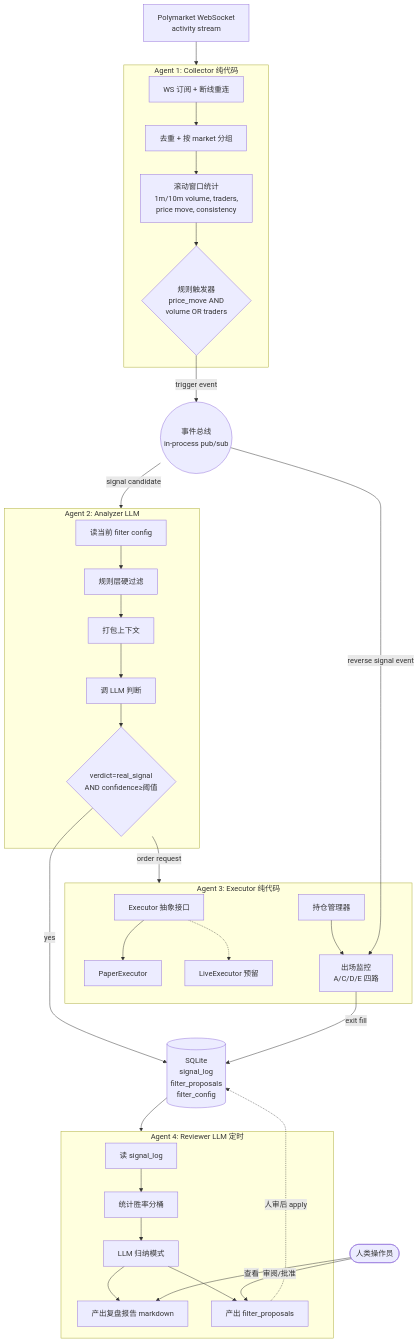
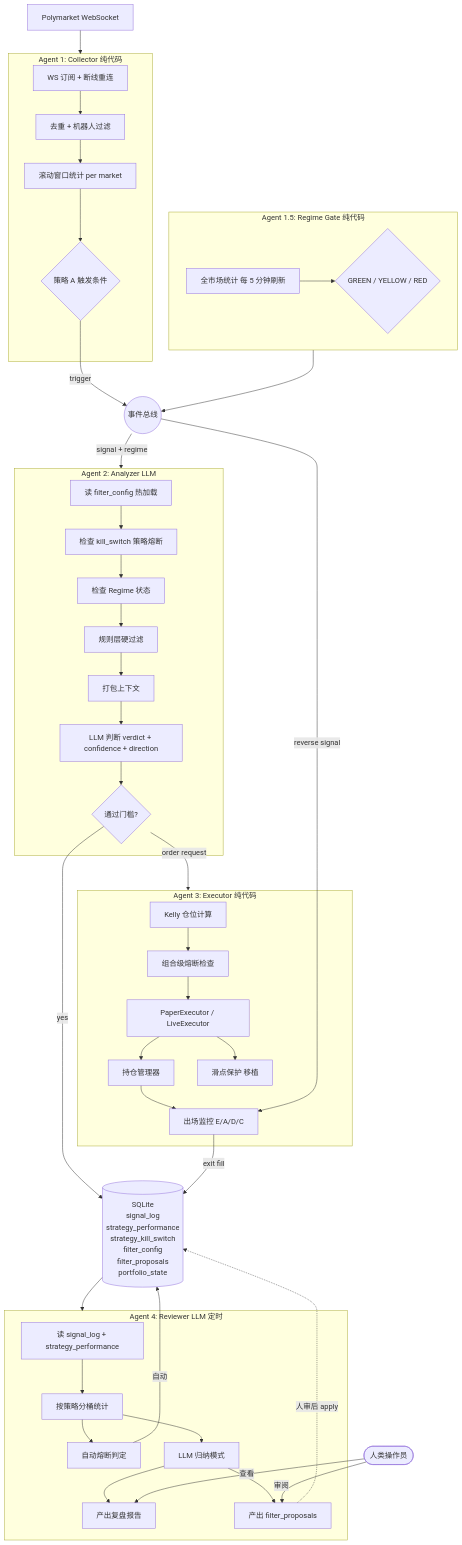
One commit to gaoyangz77/easyclaw changed the diagram in docs/superpowers/specs/2026-04-06-polymarket-trading-agents-design.md. Above: the diagram before and after it, drawn with Mermaid. The commit also changed other lines of this file, not shown here.

````diff
--- a/docs/superpowers/specs/2026-04-06-polymarket-trading-agents-design.md
+++ b/docs/superpowers/specs/2026-04-06-polymarket-trading-agents-design.md
@@ -94,60 +239,72 @@
 ```mermaid
 flowchart TB
-    WS[Polymarket WebSocket<br/>activity stream]
+    WS[Polymarket WebSocket]
 
     subgraph Collector[Agent 1: Collector 纯代码]
         C1[WS 订阅 + 断线重连]
-        C2[去重 + 按 market 分组]
-        C3[滚动窗口统计<br/>1m/10m volume, traders,<br/>price move, consistency]
-        C4{规则触发器<br/>price_move AND<br/>volume OR traders}
+        C2[去重 + 机器人过滤]
+        C3[滚动窗口统计 per market]
+        C4{策略 A 触发条件}
         C1 --> C2 --> C3 --> C4
     end
 
-    EventBus((事件总线<br/>in-process pub/sub))
+    subgraph RegimeGate[Agent 1.5: Regime Gate 纯代码]
+        RG1[全市场统计 每 5 分钟刷新]
+        RG2{GREEN / YELLOW / RED}
+        RG1 --> RG2
+    end
+
+    EventBus((事件总线))
 
     subgraph Analyzer[Agent 2: Analyzer LLM]
-        A1[读当前 filter config]
-        A2[规则层硬过滤]
-        A3[打包上下文]
-        A4[调 LLM 判断]
-        A5{verdict=real_signal<br/>AND confidence≥阈值}
-        A1 --> A2 --> A3 --> A4 --> A5
+        A1[读 filter_config 热加载]
+        A2[检查 kill_switch 策略熔断]
+        A3[检查 Regime 状态]
+        A4[规则层硬过滤]
+        A5[打包上下文]
+        A6[LLM 判断 verdict + confidence + direction]
+        A7{通过门槛?}
+        A1 --> A2 --> A3 --> A4 --> A5 --> A6 --> A7
     end
 
     subgraph Executor[Agent 3: Executor 纯代码]
-        E1[Executor 抽象接口]
-        E2[PaperExecutor]
-        E3[LiveExecutor 预留]
+        E1[Kelly 仓位计算]
+        E2[组合级熔断检查]
+        E3[PaperExecutor / LiveExecutor]
         E4[持仓管理器]
-        E5[出场监控<br/>A/C/D/E 四路]
-        E1 --> E2
-        E1 -.-> E3
-        E4 --> E5
+        E5[出场监控 E/A/D/C]
+        E6[滑点保护 移植]
+        E1 --> E2 --> E3 --> E4 --> E5
+        E3 --> E6
     end
 
-    DB[(SQLite<br/>signal_log<br/>filter_proposals<br/>filter_config)]
+    DB[(SQLite<br/>signal_log<br/>strategy_performance<br/>strategy_kill_switch<br/>filter_config<br/>filter_proposals<br/>portfolio_state)]
 
     subgraph Reviewer[Agent 4: Reviewer LLM 定时]
-        R1[读 signal_log]
-        R2[统计胜率分桶]
-        R3[LLM 归纳模式]
-        R4[产出复盘报告 markdown]
-        R5[产出 filter_proposals]
-        R1 --> R2 --> R3 --> R4
-        R3 --> R5
+        R1[读 signal_log + strategy_performance]
+        R2[按策略分桶统计]
+        R3[自动熔断判定]
+        R4[LLM 归纳模式]
+        R5[产出复盘报告]
+        R6[产出 filter_proposals]
+        R1 --> R2 --> R3
+        R2 --> R4 --> R5
+        R4 --> R6
     end
 
     WS --> Collector
-    C4 -- trigger event --> EventBus
-    EventBus -- signal candidate --> Analyzer
-    A5 -- yes --> DB
-    A5 -- order request --> Executor
-    EventBus -- reverse signal event --> E5
+    RegimeGate --> EventBus
+    C4 -- trigger --> EventBus
+    EventBus -- signal + regime --> Analyzer
+    A7 -- yes --> DB
+    A7 -- order request --> Executor
+    EventBus -- reverse signal --> E5
     E5 -- exit fill --> DB
     DB --> Reviewer
-    R5 -.人审后 apply.-> DB
+    R3 -- 自动 --> DB
+    R6 -.人审后 apply.-> DB
 
     Human([人类操作员])
-    Human -- 审阅/批准 --> R5
-    Human -- 查看 --> R4
+    Human -- 审阅 --> R6
+    Human -- 查看 --> R5
 ```
````
